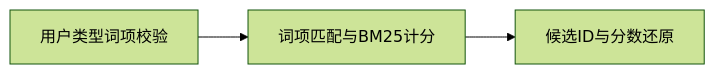
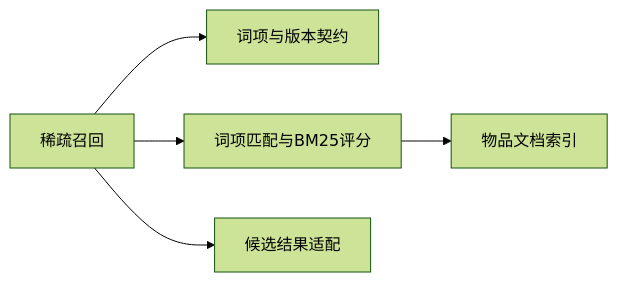
One commit to bitianyuan123/docs changed the sixth of 15 diagrams in 07_other_services.md. Above: the diagram before and after it, drawn with Mermaid (forest theme). The commit also changed other lines of this file and 141 other files, not shown here.

````diff
--- a/07_other_services.md
+++ b/07_other_services.md
@@ -147,5 +160,7 @@
 ```mermaid
 flowchart LR
-    A[用户类型词项校验] --> B[词项匹配与BM25计分]
-    B --> C[候选ID与分数还原]
+    R[稀疏召回] --> V[词项与版本契约]
+    R --> Q[词项匹配与BM25评分]
+    R --> C[候选结果适配]
+    Q --> I[物品文档索引]
 ```
````
